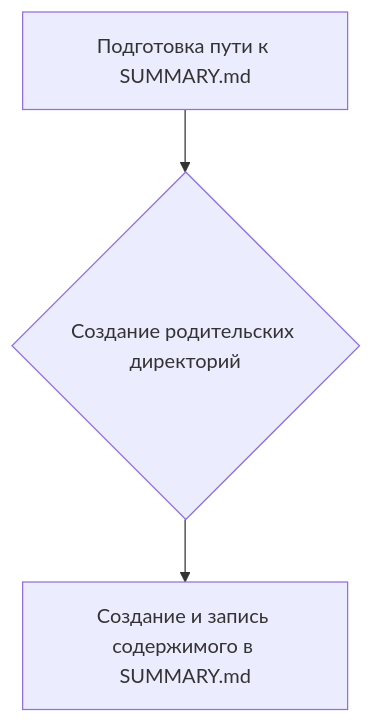
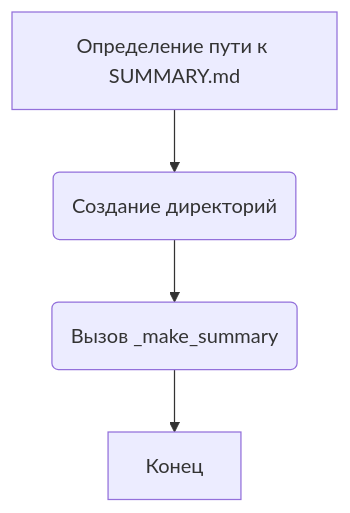
The first of 3 diagrams in docs/ru/src/endpoints/hypo69/code_assistant/make_summary.py.md (hypo69/hypotez), drawn with Mermaid before and after one commit. The commit also changed other lines of this file and 1431 other files, not shown here.

````diff
--- a/docs/ru/src/endpoints/hypo69/code_assistant/make_summary.py.md
+++ b/docs/ru/src/endpoints/hypo69/code_assistant/make_summary.py.md
@@ -44,5 +44,6 @@
 ```mermaid
 graph TD
-    A[Подготовка пути к SUMMARY.md] --> B{Создание родительских директорий}
-    B --> C[Создание и запись содержимого в SUMMARY.md]
+    A[Определение пути к SUMMARY.md] --> B(Создание директорий);
+    B --> C(Вызов _make_summary);
+    C --> D[Конец];
 ```
````
